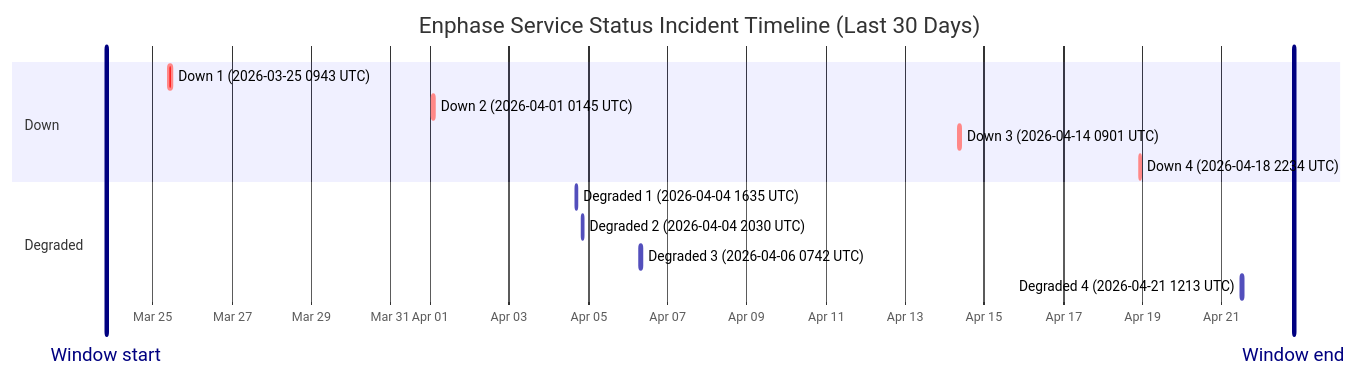
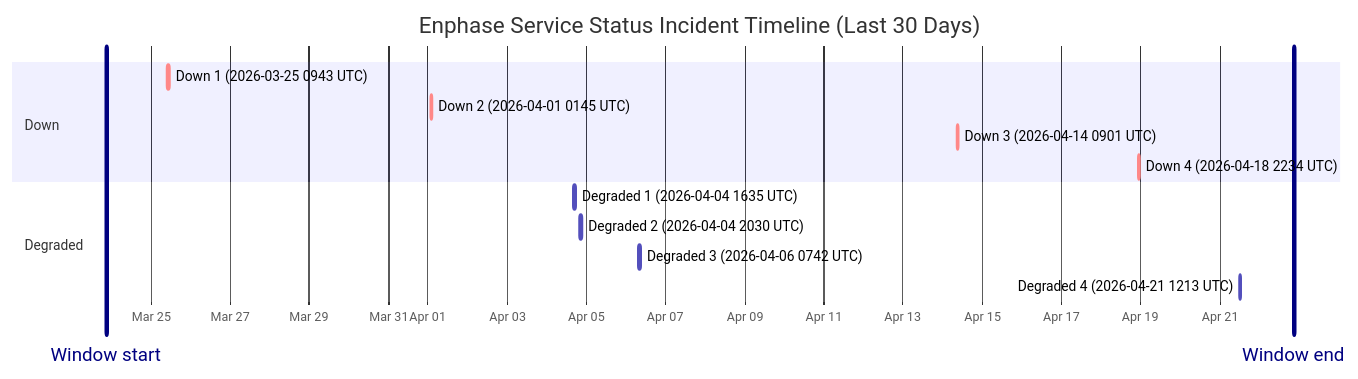
The diagram in wiki/Service-Status-History.md (barneyonline/ha-enphase-ev-charger), drawn with Mermaid before and after one commit. The commit also changed other lines of this file and 3 other files, not shown here.

````diff
--- a/wiki/Service-Status-History.md
+++ b/wiki/Service-Status-History.md
@@ -14,18 +14,18 @@
 ```mermaid
 gantt
     title Enphase Service Status Incident Timeline (Last 30 Days)
     dateFormat  YYYY-MM-DDTHH:mm:ss
     axisFormat  %b %d
-    Window start :vert, window-start, 2026-03-23T19:46:21, 0ms
-    Window end :vert, window-end, 2026-04-22T19:46:21, 0ms
+    Window start :vert, window-start, 2026-03-23T20:54:18, 0ms
+    Window end :vert, window-end, 2026-04-22T20:54:18, 0ms
     section Down
     Down 1 (2026-03-25 0943 UTC) :crit, down-1, 2026-03-25T09:43:28, 111m
     Down 2 (2026-04-01 0145 UTC) :crit, down-2, 2026-04-01T01:45:09, 60m
     Down 3 (2026-04-14 0901 UTC) :crit, down-3, 2026-04-14T09:01:13, 60m
     Down 4 (2026-04-18 2234 UTC) :crit, down-4, 2026-04-18T22:34:13, 60m
     section Degraded
     Degraded 1 (2026-04-04 1635 UTC) :active, degraded-1, 2026-04-04T16:35:17, 60m
     Degraded 2 (2026-04-04 2030 UTC) :active, degraded-2, 2026-04-04T20:30:40, 60m
     Degraded 3 (2026-04-06 0742 UTC) :active, degraded-3, 2026-04-06T07:42:09, 85m
     Degraded 4 (2026-04-21 1213 UTC) :active, degraded-4, 2026-04-21T12:13:11, 60m
 ```
````
